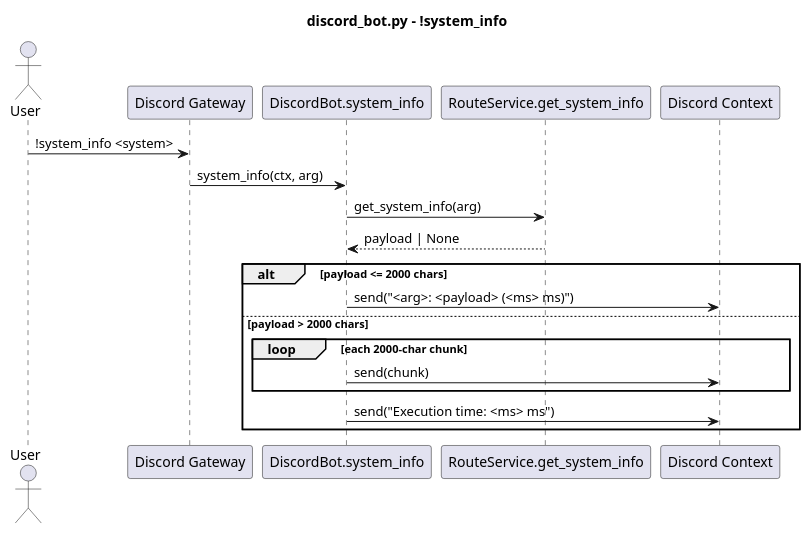
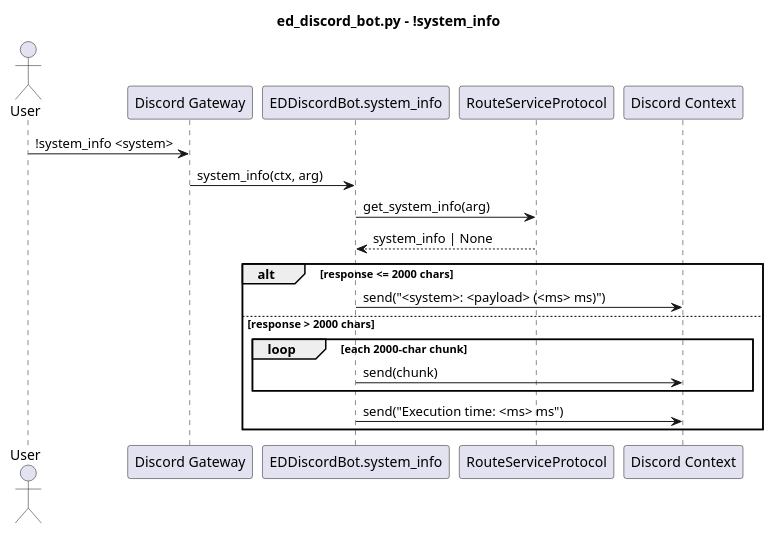
One commit to fazleskhan/elite_dangerous_discord_tools changed the second of 7 diagrams in docs/discord_bot_sequences.puml. Above: the diagram before and after it, drawn with PlantUML. The commit also changed other lines of this file and 73 other files, not shown here.

Commit message:
updated diagrams, readme, code comments and blacked source

```diff
--- a/docs/discord_bot_sequences.puml
+++ b/docs/discord_bot_sequences.puml
@@ -14,23 +14,23 @@
-@startuml discord_bot_system_info
-title discord_bot.py - !system_info
+@startuml ed_discord_bot_system_info
+title ed_discord_bot.py - !system_info
 
 actor User
 participant "Discord Gateway" as Gateway
-participant "DiscordBot.system_info" as Bot
-participant "RouteService.get_system_info" as Route
+participant "EDDiscordBot.system_info" as Bot
+participant "RouteServiceProtocol" as Route
 participant "Discord Context" as Ctx
 
 User -> Gateway : !system_info <system>
 Gateway -> Bot : system_info(ctx, arg)
 Bot -> Route : get_system_info(arg)
-Route --> Bot : payload | None
+Route --> Bot : system_info | None
 
-alt payload <= 2000 chars
-  Bot -> Ctx : send("<arg>: <payload> (<ms> ms)")
-else payload > 2000 chars
+alt response <= 2000 chars
+  Bot -> Ctx : send("<system>: <payload> (<ms> ms)")
+else response > 2000 chars
   loop each 2000-char chunk
     Bot -> Ctx : send(chunk)
   end
   Bot -> Ctx : send("Execution time: <ms> ms")
 end
 @enduml
```
